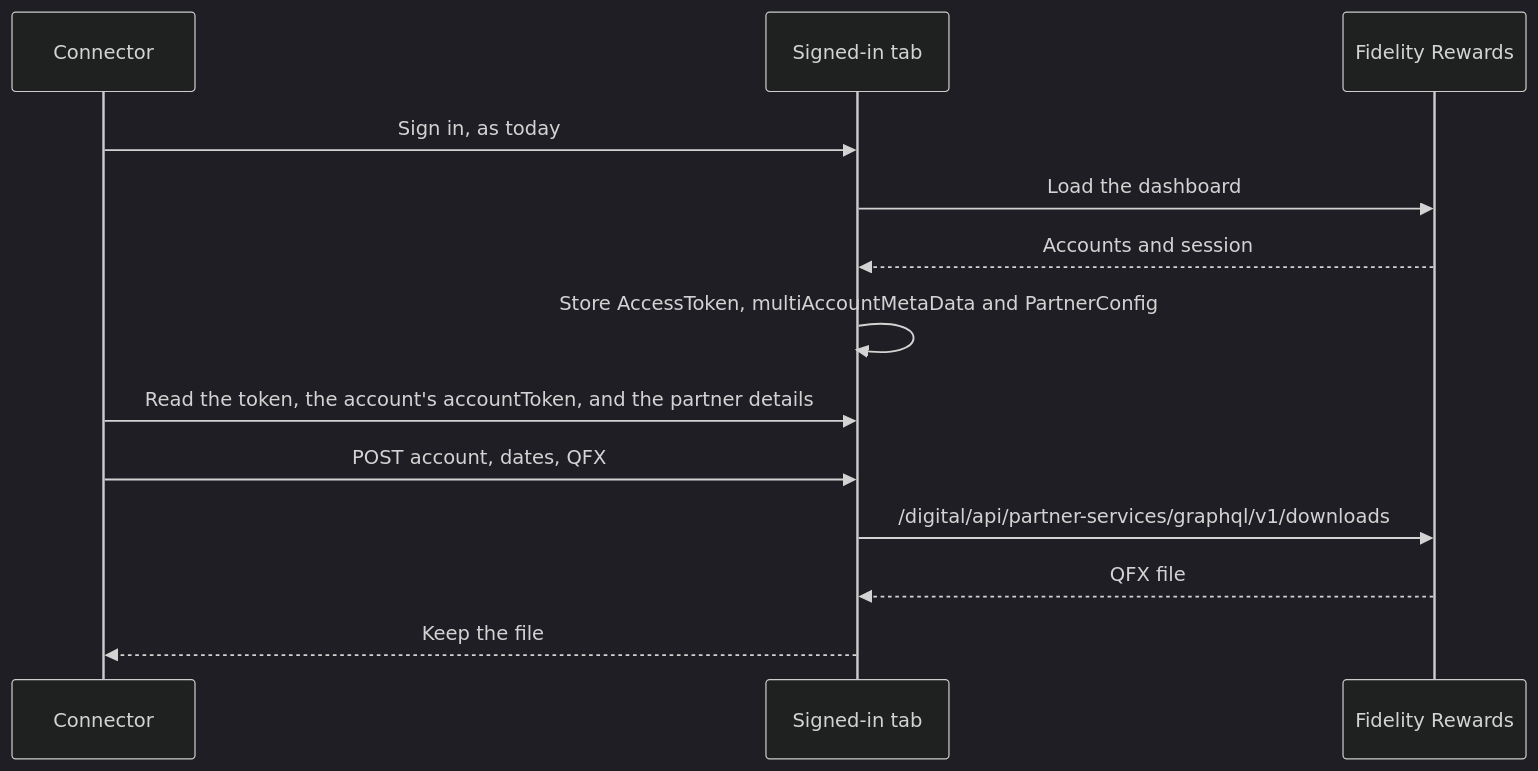
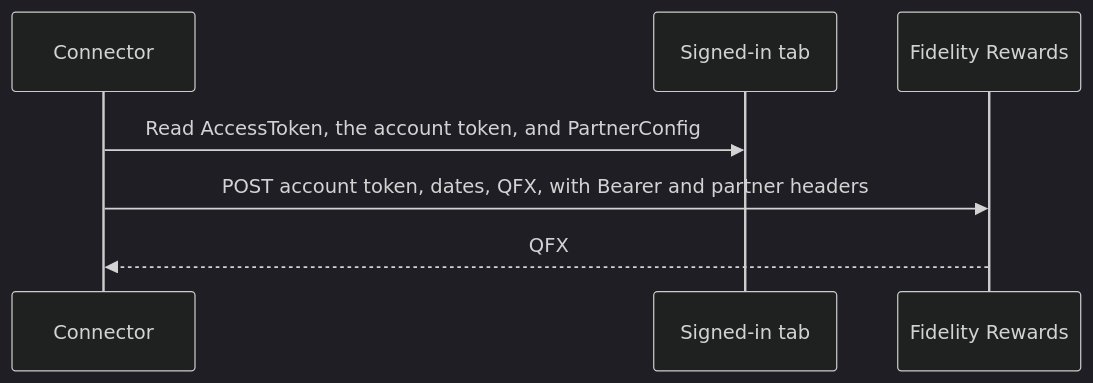
One commit to spinningyoyo/omsync changed the diagram in docs/architecture/bank-requests/fidelity.md. Above: the diagram before and after it, drawn with Mermaid (dark theme). The commit also changed other lines of this file and 140 other files, not shown here.

````diff
--- a/docs/architecture/bank-requests/fidelity.md
+++ b/docs/architecture/bank-requests/fidelity.md
@@ -13,15 +16,9 @@
 ```mermaid
 sequenceDiagram
     participant C as Connector
     participant T as Signed-in tab
     participant F as Fidelity Rewards
-    C->>T: Sign in, as today
-    T->>F: Load the dashboard
-    F-->>T: Accounts and session
-    T->>T: Store AccessToken, multiAccountMetaData and PartnerConfig
-    C->>T: Read the token, the account's accountToken, and the partner details
-    C->>T: POST account, dates, QFX
-    T->>F: /digital/api/partner-services/graphql/v1/downloads
-    F-->>T: QFX file
-    T-->>C: Keep the file
+    C->>T: Read AccessToken, the account token, and PartnerConfig
+    C->>F: POST account token, dates, QFX, with Bearer and partner headers
+    F-->>C: QFX
 ```
````
